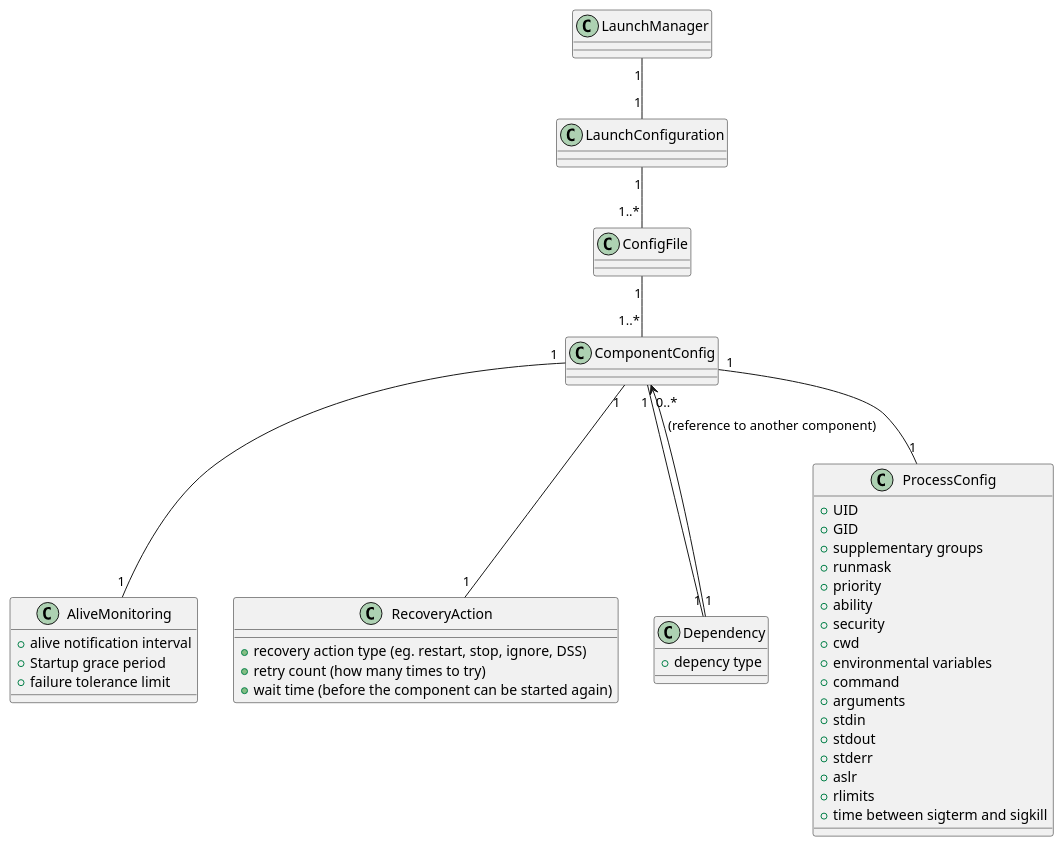
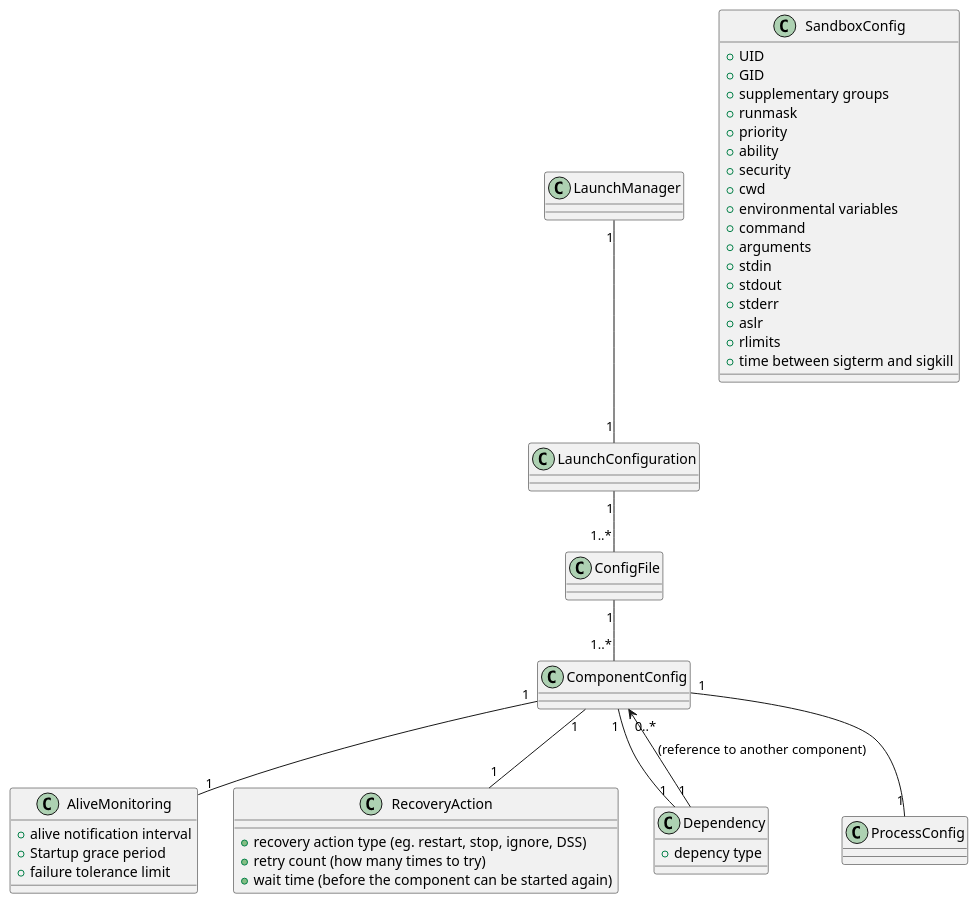
One commit to umaucher/score changed the diagram in docs/features/lifecycle/architecture/_assets/config_params_static.puml. Above: the diagram before and after it, drawn with PlantUML. The commit also changed 3 other files, not shown here.

```diff
--- a/docs/features/lifecycle/architecture/_assets/config_params_static.puml
+++ b/docs/features/lifecycle/architecture/_assets/config_params_static.puml
@@ -1,76 +1,76 @@
 @startuml
 
 class LaunchManager
 {
 
 }
 
 class LaunchConfiguration
 {
-  
+
 }
 
 LaunchManager "1" -- "1" LaunchConfiguration
 
 
 class ConfigFile
 {
 
 }
 
 LaunchConfiguration "1" -- "1..*" ConfigFile
 
 
 
 class ComponentConfig {
 
 }
 
 ConfigFile "1" -- "1..*" ComponentConfig
 
 class AliveMonitoring {
   + alive notification interval
   + Startup grace period
   + failure tolerance limit
 }
 
 
 class RecoveryAction {
    + recovery action type (eg. restart, stop, ignore, DSS)
    + retry count (how many times to try)
    + wait time (before the component can be started again)
 }
 
 
 class Dependency {
   + depency type
 }
 
-class ProcessConfig {
-+ UID 
-+ GID 
-+ supplementary groups 
-+ runmask 
-+ priority 
+class SandboxConfig {
++ UID
++ GID
++ supplementary groups
++ runmask
++ priority
 + ability
 + security
-+ cwd 
-+ environmental variables 
++ cwd
++ environmental variables
 + command
-+ arguments 
-+ stdin 
-+ stdout 
-+ stderr 
-+ aslr 
++ arguments
++ stdin
++ stdout
++ stderr
++ aslr
 + rlimits
 + time between sigterm and sigkill
 }
 
 ComponentConfig "1" -- "1" Dependency
 ComponentConfig "1" -- "1" ProcessConfig
 ComponentConfig "1" -- "1" AliveMonitoring
 ComponentConfig "1" -- "1" RecoveryAction
 
 Dependency "1" --> "0..*" ComponentConfig: (reference to another component)
 
 @enduml
```
